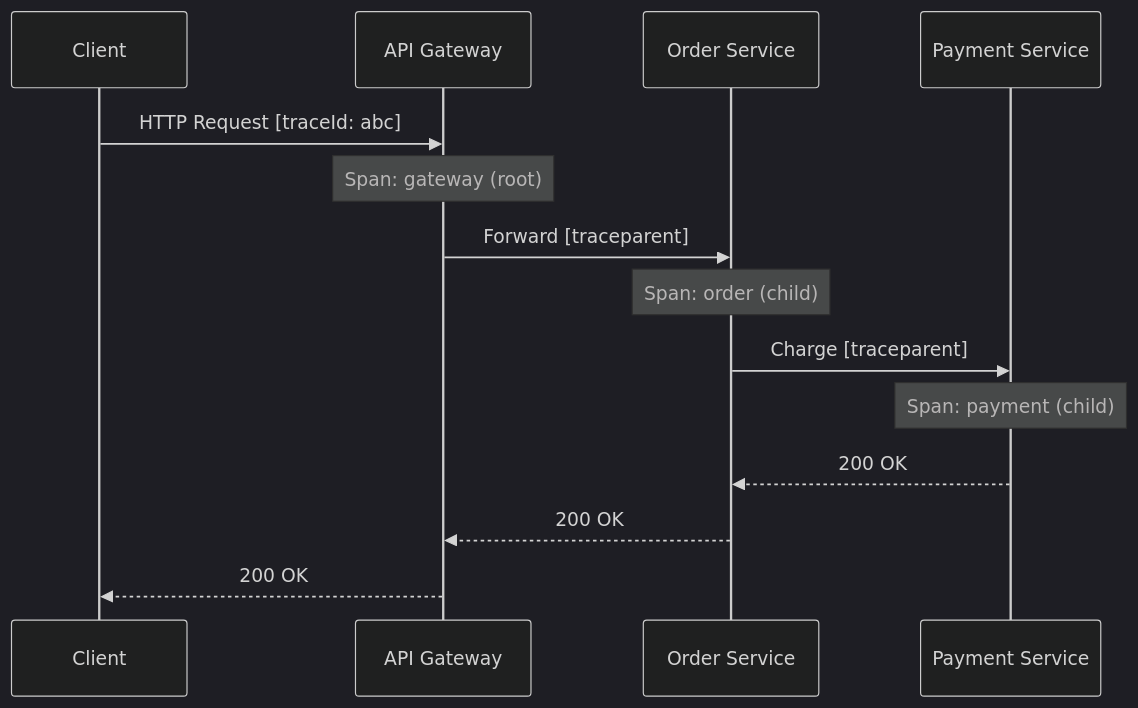
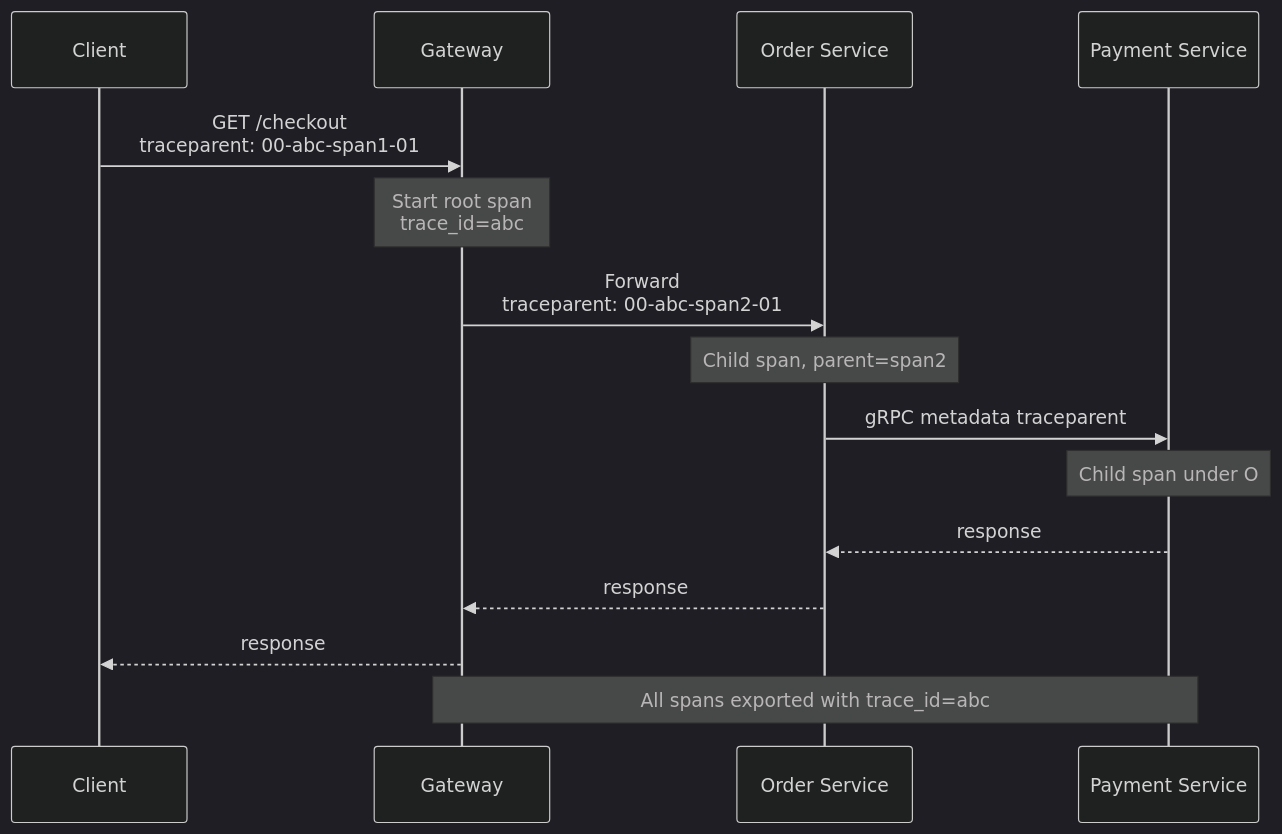
The eighth of 20 diagrams in 09-observability/README.md (hareramcse/SystemDesign), drawn with Mermaid (dark theme) before and after one commit. The commit also changed other lines of this file and 14 other files, not shown here.

````diff
--- a/09-observability/README.md
+++ b/09-observability/README.md
@@ -350,17 +396,18 @@
 ```mermaid
 sequenceDiagram
     participant C as Client
-    participant GW as API Gateway
+    participant GW as Gateway
     participant O as Order Service
     participant P as Payment Service
 
-    C->>GW: HTTP Request [traceId: abc]
-    Note over GW: Span: gateway (root)
-    GW->>O: Forward [traceparent]
-    Note over O: Span: order (child)
-    O->>P: Charge [traceparent]
-    Note over P: Span: payment (child)
-    P-->>O: 200 OK
-    O-->>GW: 200 OK
-    GW-->>C: 200 OK
+    C->>GW: GET /checkout<br/>traceparent: 00-abc-span1-01
+    Note over GW: Start root span<br/>trace_id=abc
+    GW->>O: Forward<br/>traceparent: 00-abc-span2-01
+    Note over O: Child span, parent=span2
+    O->>P: gRPC metadata traceparent
+    Note over P: Child span under O
+    P-->>O: response
+    O-->>GW: response
+    GW-->>C: response
+    Note over GW,P: All spans exported with trace_id=abc
 ```
````
